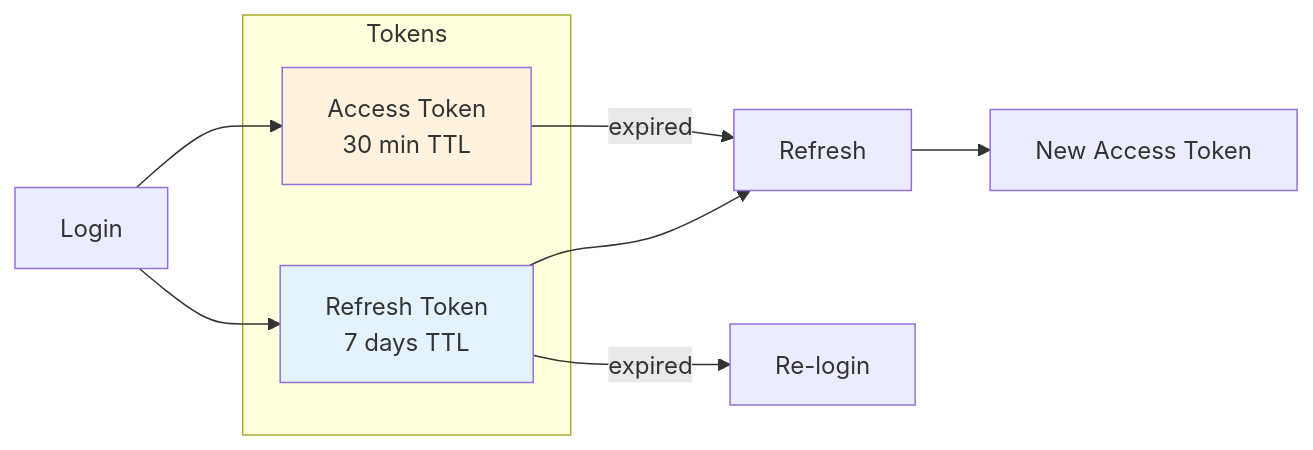
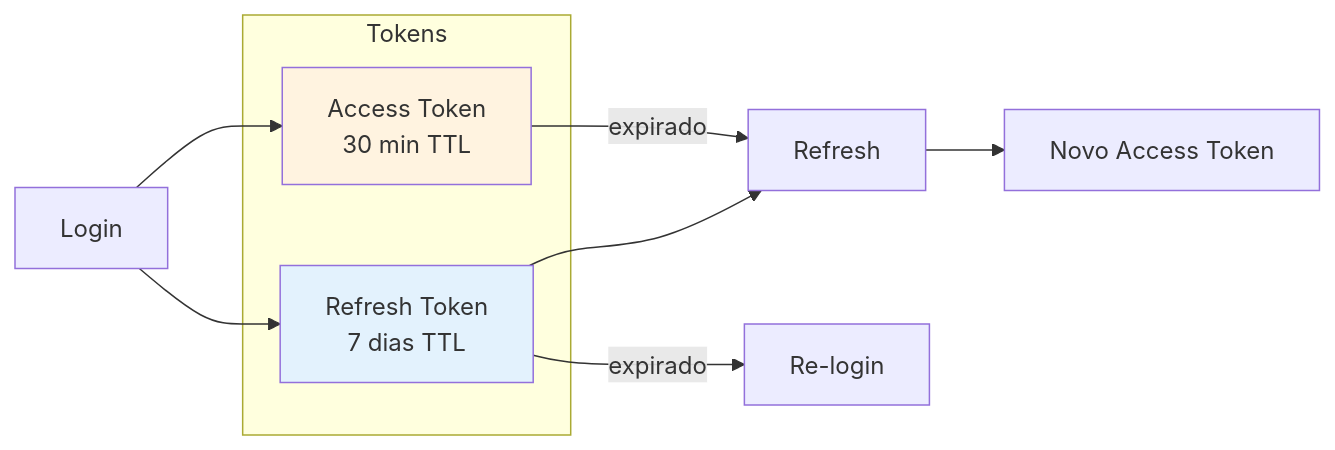
The second of 2 diagrams in docs/05-auth.md (SorPuti/core-framework), drawn with Mermaid before and after one commit. The commit also changed other lines of this file and 22 other files, not shown here.

````diff
--- a/docs/05-auth.md
+++ b/docs/05-auth.md
@@ -34,19 +34,19 @@
 ```mermaid
 flowchart LR
     subgraph Tokens
         AT[Access Token<br/>30 min TTL]
-        RT[Refresh Token<br/>7 days TTL]
+        RT[Refresh Token<br/>7 dias TTL]
     end
     
     LOGIN[Login] --> AT
     LOGIN --> RT
     
-    AT --> |expired| REFRESH[Refresh]
+    AT --> |expirado| REFRESH[Refresh]
     RT --> REFRESH
-    REFRESH --> AT2[New Access Token]
+    REFRESH --> AT2[Novo Access Token]
     
-    RT --> |expired| LOGIN2[Re-login]
+    RT --> |expirado| LOGIN2[Re-login]
     
     style AT fill:#fff3e0
     style RT fill:#e3f2fd
 ```
````
